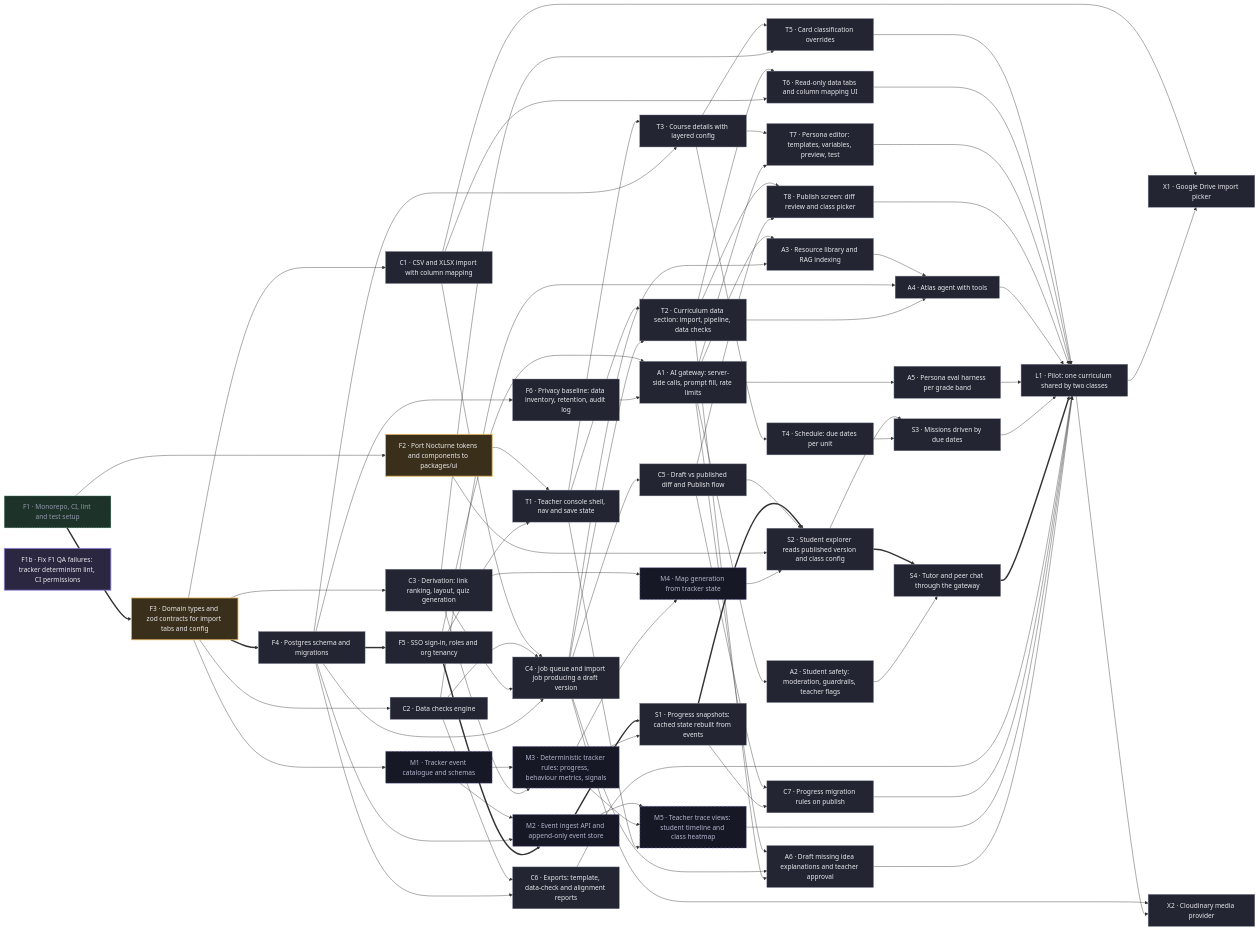
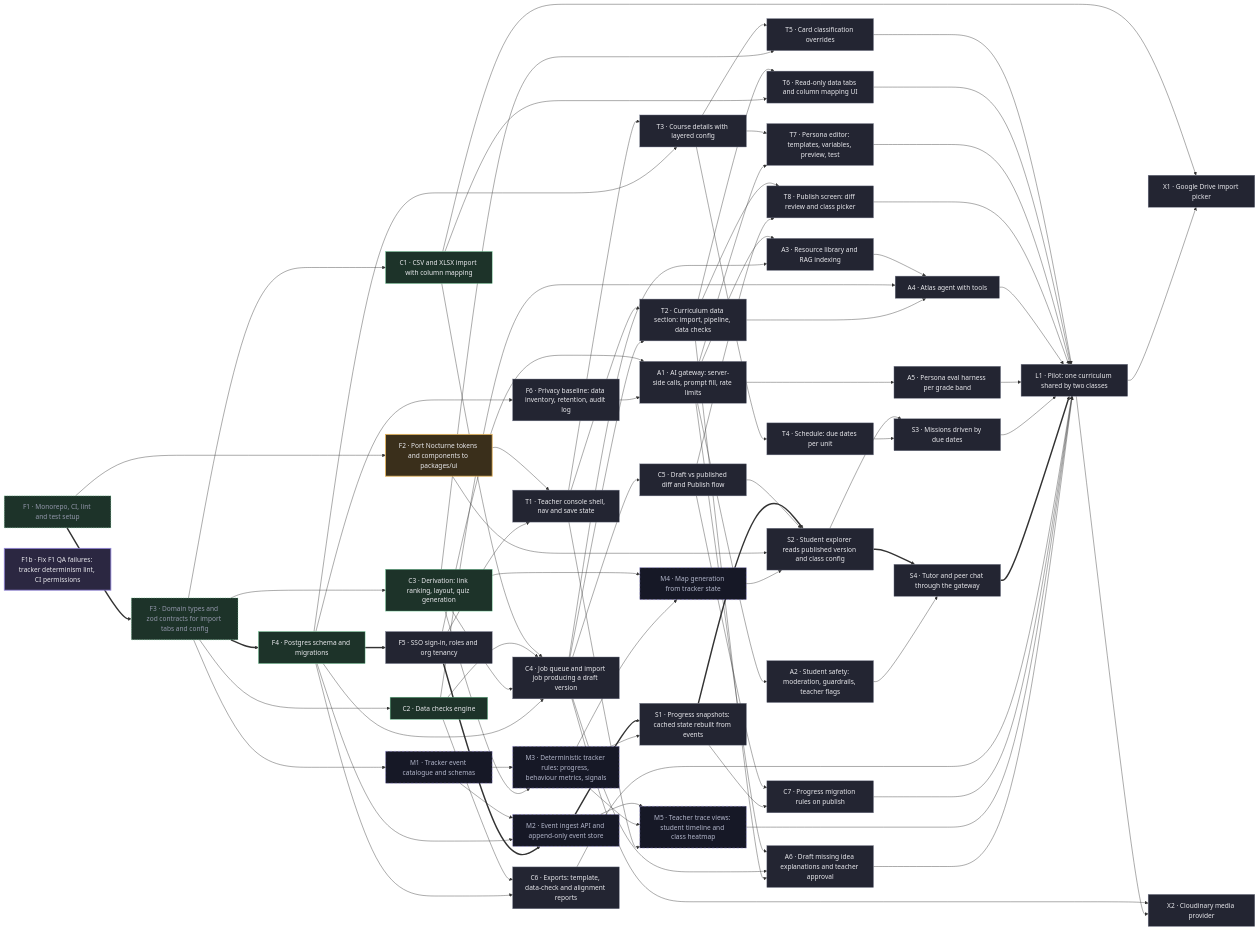
Before and after one commit to tenkevin/mind-your-tutor: the diagram in docs/PLAN.md, drawn with Mermaid. The commit also changed other lines of this file and 2 other files, not shown here.

First line of the commit message:
plan: F3 done (QA PASS); save QA report

````diff
--- a/docs/PLAN.md
+++ b/docs/PLAN.md
@@ -205,9 +211,10 @@
   classDef review fill:#3a2f1b,stroke:#e6b45c,color:#e9e9ed,stroke-width:2px
   classDef done fill:#1d3329,stroke:#6fcf97,color:#9397ab,stroke-dasharray:3 3
   classDef spec fill:#161826,stroke:#968ae0,color:#b2b6ca,stroke-dasharray:6 4
-  class F4,F5,F6,C1,C2,C3,C4,C5,C6,C7,T1,T2,T3,T4,T5,T6,T7,T8,A1,A2,A3,A4,A5,A6,S1,S2,S3,S4,L1,X1,X2 todo
+  class F5,F6,C4,C5,C6,C7,T1,T2,T3,T4,T5,T6,T7,T8,A1,A2,A3,A4,A5,A6,S1,S2,S3,S4,L1,X1,X2 todo
   class F1b doing
-  class F2,F3 review
-  class F1 done
+  class F2 review
+  class F1,F3 done
+  class F4,C1,C2,C3 ready
   class M1,M2,M3,M4,M5 spec
 ```
````
